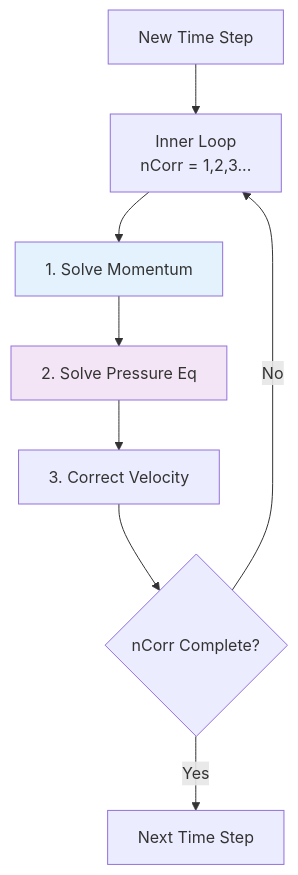
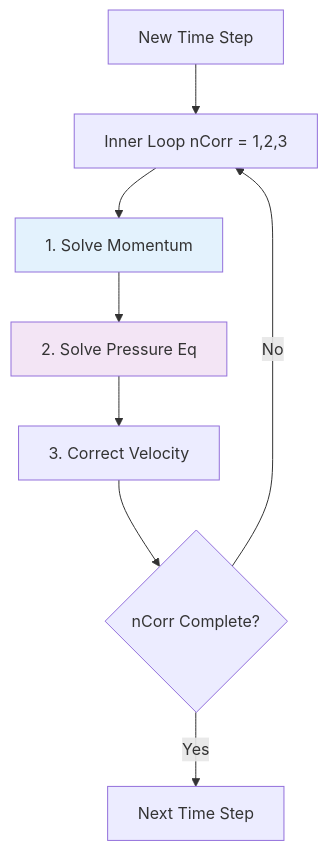
The fourth of 5 diagrams in MODULE_01_CFD_FUNDAMENTALS/CONTENT/01_GOVERNING_EQUATIONS/05_OpenFOAM_Implementation.md (wramet/build-my-cfd), drawn with Mermaid before and after one commit. The commit also changed other lines of this file and 203 other files, not shown here.

````diff
--- a/MODULE_01_CFD_FUNDAMENTALS/CONTENT/01_GOVERNING_EQUATIONS/05_OpenFOAM_Implementation.md
+++ b/MODULE_01_CFD_FUNDAMENTALS/CONTENT/01_GOVERNING_EQUATIONS/05_OpenFOAM_Implementation.md
@@ -386,13 +290,13 @@
 ```mermaid
 graph TD
-    A[New Time Step] --> B[Inner Loop<br/>nCorr = 1,2,3...]
+    A[New Time Step] --> B[Inner Loop nCorr = 1,2,3]
     B --> C[1. Solve Momentum]
     C --> D[2. Solve Pressure Eq]
     D --> E[3. Correct Velocity]
     E --> F{nCorr Complete?}
     F -->|No| B
     F -->|Yes| G[Next Time Step]
-
+    
     style C fill:#e3f2fd
     style D fill:#f3e5f5
 ```
````
